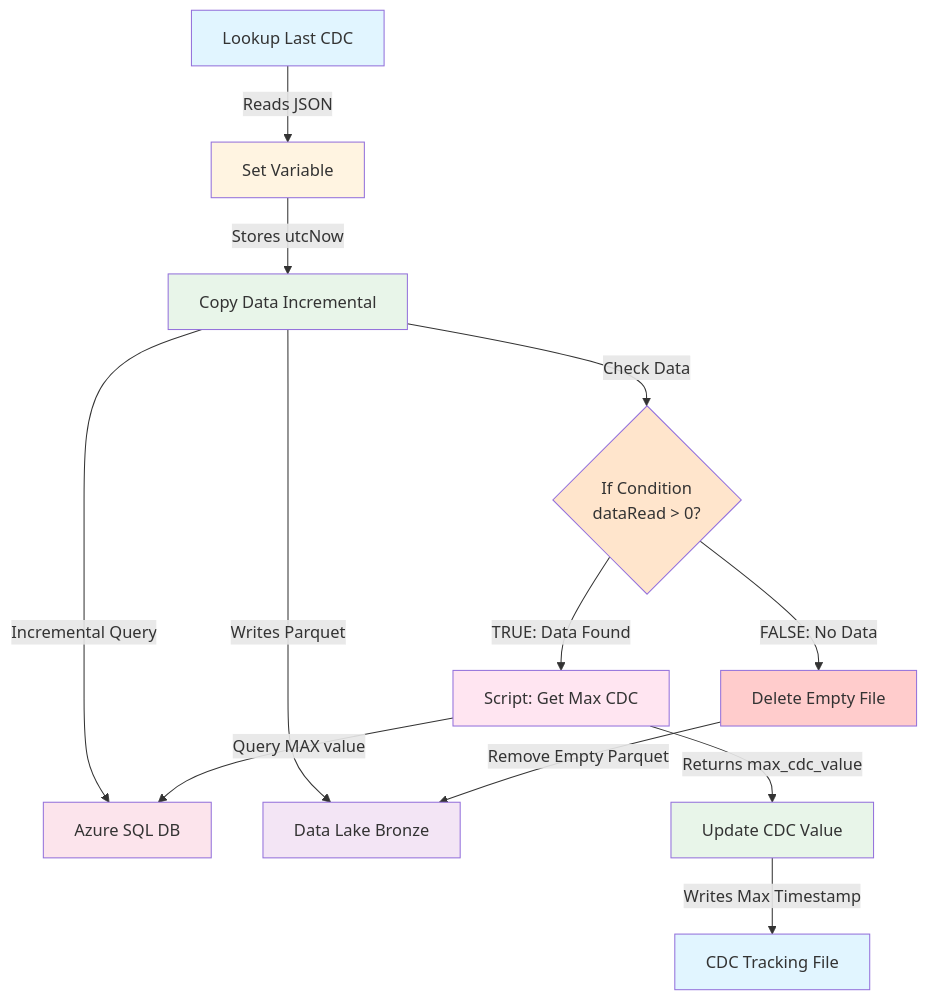
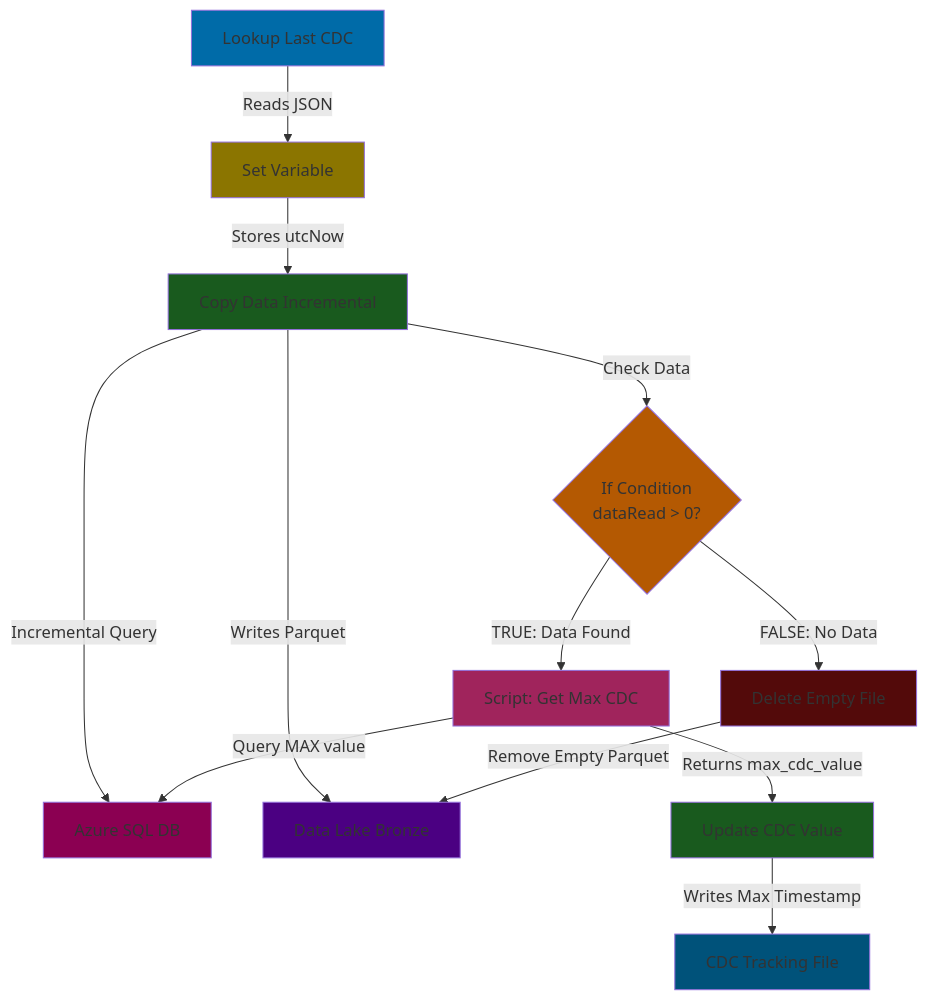
Before and after one commit to kisyular/azure-data-engineering: the second of 2 diagrams in azure-data-engineering-steps.md, drawn with Mermaid. The commit also changed other lines of this file, not shown here.

Commit message:
MADE THE BACKGROUND COLORS OF THE DIAGRAM MORE DARKER

````diff
--- a/azure-data-engineering-steps.md
+++ b/azure-data-engineering-steps.md
@@ -2217,27 +2217,27 @@
 ```mermaid
 graph TB
     A[Lookup Last CDC] -->|Reads JSON| B[Set Variable]
     B -->|Stores utcNow| C[Copy Data Incremental]
     C -->|Incremental Query| D[Azure SQL DB]
     C -->|Writes Parquet| E[Data Lake Bronze]
     C -->|Check Data| F{If Condition<br/>dataRead > 0?}
     
     F -->|TRUE: Data Found| G[Script: Get Max CDC]
     G -->|Query MAX value| D
     G -->|Returns max_cdc_value| H[Update CDC Value]
     H -->|Writes Max Timestamp| I[CDC Tracking File]
     
     F -->|FALSE: No Data| J[Delete Empty File]
     J -->|Remove Empty Parquet| E
     
-    style A fill:#e1f5ff
-    style B fill:#fff4e1
-    style C fill:#e8f5e9
-    style D fill:#fce4ec
-    style E fill:#f3e5f5
-    style F fill:#ffe5cc
-    style G fill:#ffe5f1
-    style H fill:#e8f5e9
-    style I fill:#e1f5ff
-    style J fill:#ffcccc
+    style A fill:#006ba8
+    style B fill:#8b7500
+    style C fill:#195a1e
+    style D fill:#8b0052
+    style E fill:#4b0082
+    style F fill:#b45902
+    style G fill:#a0245c
+    style H fill:#195a1e
+    style I fill:#00527a
+    style J fill:#530a0a
 ```
````
